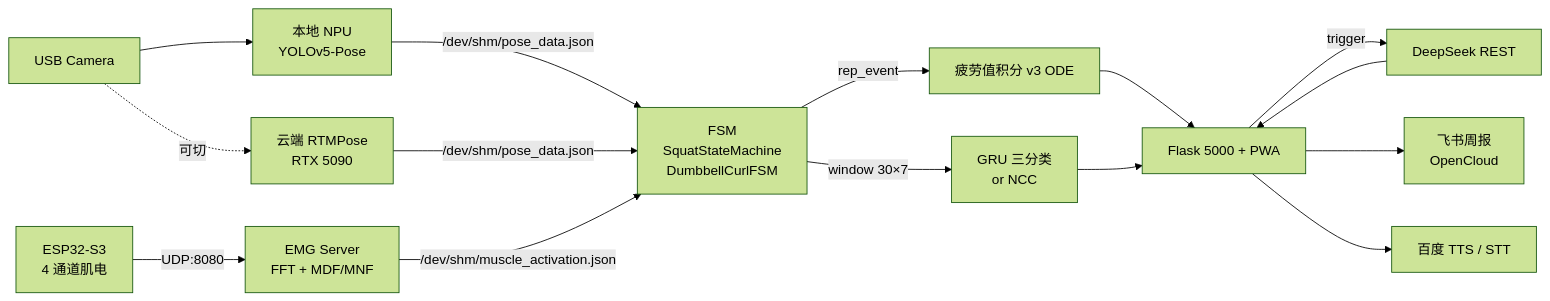
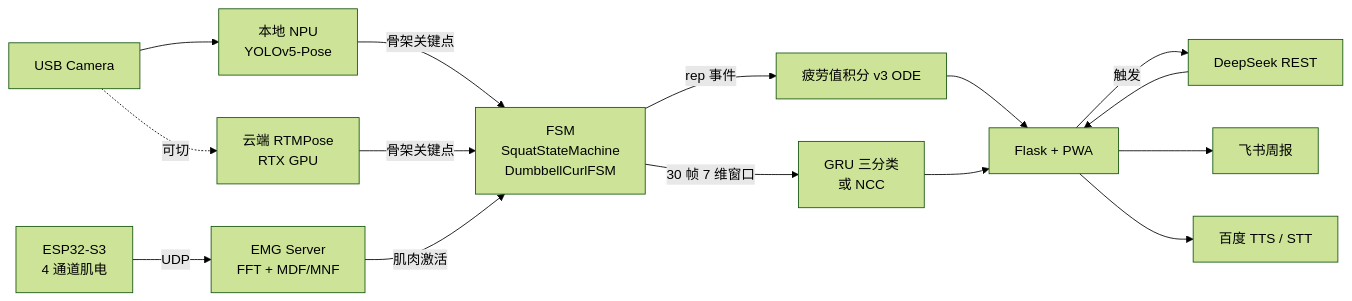
Before and after one commit to qqyyqq812/IronBuddy: the diagram in docs/USER_GUIDE/index.md, drawn with Mermaid (forest theme). The commit also changed other lines of this file and 8 other files, not shown here.

````diff
--- a/docs/USER_GUIDE/index.md
+++ b/docs/USER_GUIDE/index.md
@@ -70,17 +75,17 @@
 ```mermaid
 flowchart LR
     Cam[USB Camera] --> Vision[本地 NPU<br/>YOLOv5-Pose]
-    Vision -->|/dev/shm/pose_data.json| FSM[FSM<br/>SquatStateMachine<br/>DumbbellCurlFSM]
-    Cam -.可切.-> Cloud[云端 RTMPose<br/>RTX 5090]
-    Cloud -->|/dev/shm/pose_data.json| FSM
-    EMG[ESP32-S3<br/>4 通道肌电] -->|UDP:8080| EMGSrv[EMG Server<br/>FFT + MDF/MNF]
-    EMGSrv -->|/dev/shm/muscle_activation.json| FSM
-    FSM -->|rep_event| Fatigue[疲劳值积分 v3 ODE]
-    FSM -->|window 30×7| GRU[GRU 三分类<br/>or NCC]
-    Fatigue --> UI[Flask 5000 + PWA]
+    Vision -->|骨架关键点| FSM[FSM<br/>SquatStateMachine<br/>DumbbellCurlFSM]
+    Cam -.可切.-> Cloud[云端 RTMPose<br/>RTX GPU]
+    Cloud -->|骨架关键点| FSM
+    EMG[ESP32-S3<br/>4 通道肌电] -->|UDP| EMGSrv[EMG Server<br/>FFT + MDF/MNF]
+    EMGSrv -->|肌肉激活| FSM
+    FSM -->|rep 事件| Fatigue[疲劳值积分 v3 ODE]
+    FSM -->|30 帧 7 维窗口| GRU[GRU 三分类<br/>或 NCC]
+    Fatigue --> UI[Flask + PWA]
     GRU --> UI
-    UI -->|trigger| LLM[DeepSeek REST]
+    UI -->|触发| LLM[DeepSeek REST]
     LLM --> UI
-    UI --> Feishu[飞书周报<br/>OpenCloud]
+    UI --> Feishu[飞书周报]
     UI --> Voice[百度 TTS / STT]
 ```
````
